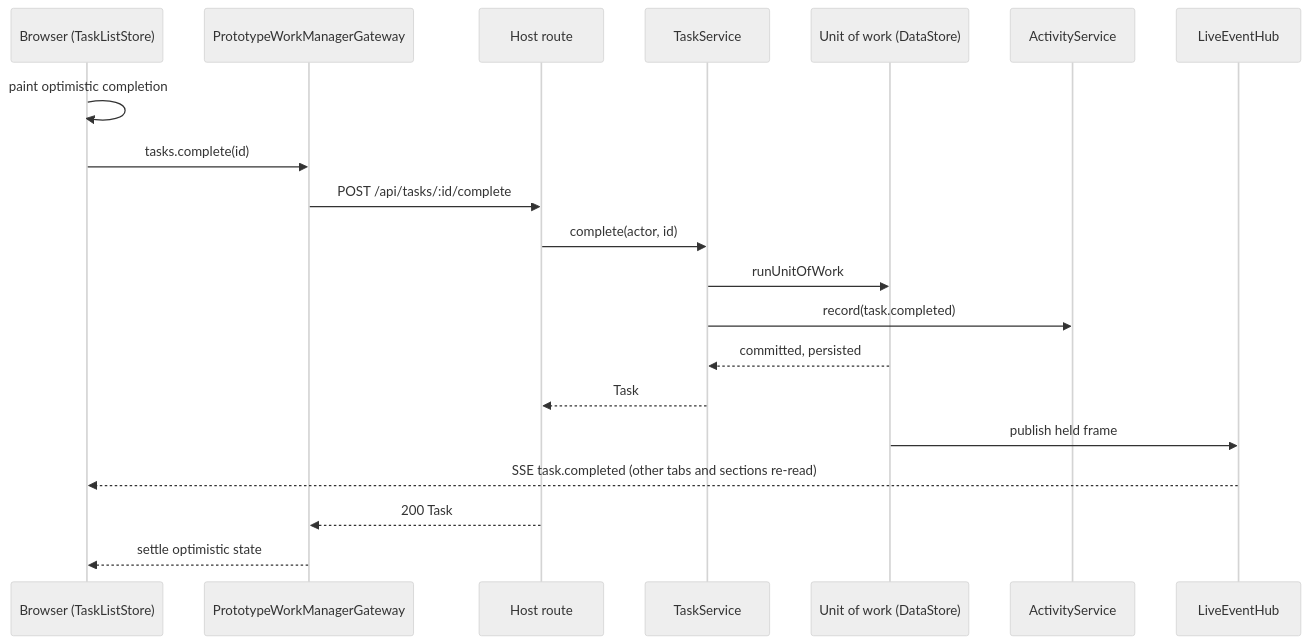
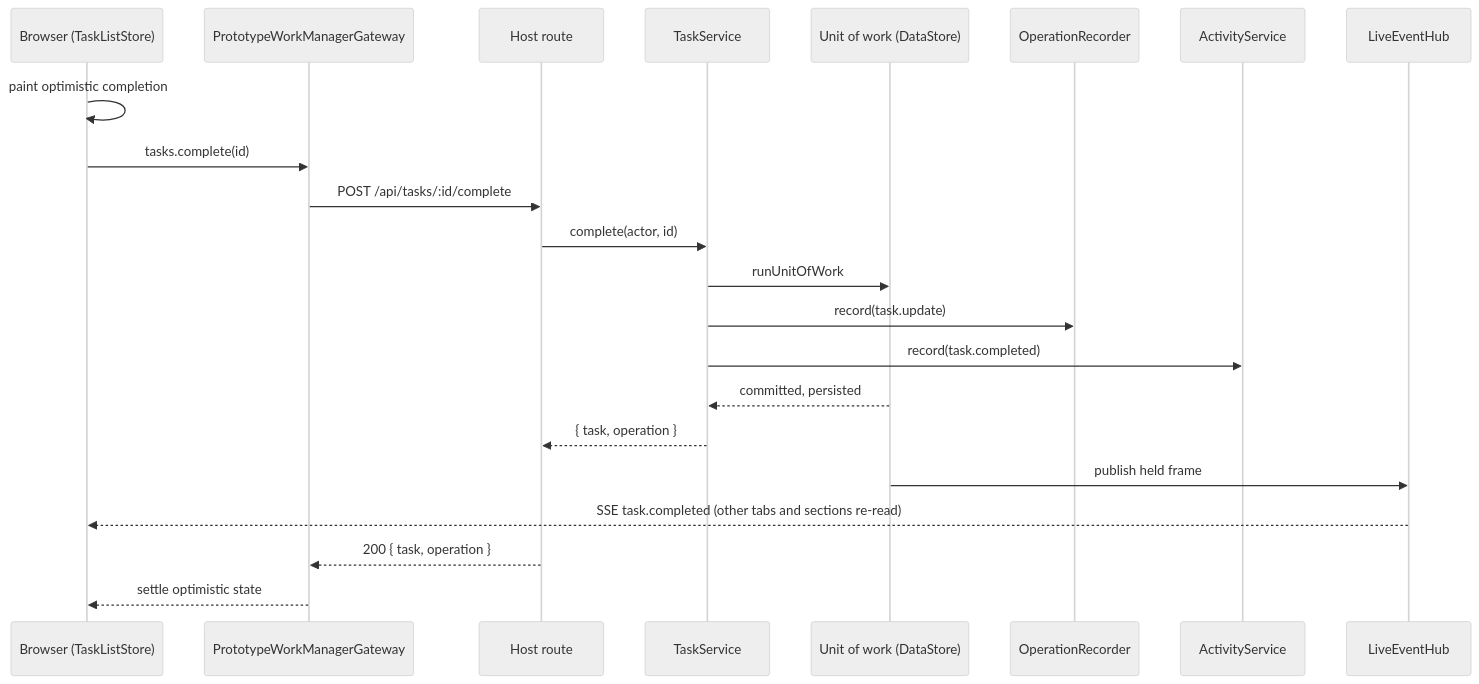
The fourth of 4 diagrams in docs/architecture/what.md (CalciteDragon/Canvas-work-manager-prototype), drawn with Mermaid (neutral theme) before and after one commit. The commit also changed other lines of this file and 143 other files, not shown here.

````diff
--- a/docs/architecture/what.md
+++ b/docs/architecture/what.md
@@ -89,22 +89,24 @@
 ```mermaid
 sequenceDiagram
   participant B as Browser (TaskListStore)
   participant G as PrototypeWorkManagerGateway
   participant H as Host route
   participant S as TaskService
   participant U as Unit of work (DataStore)
+  participant R as OperationRecorder
   participant A as ActivityService
   participant E as LiveEventHub
   B->>B: paint optimistic completion
   B->>G: tasks.complete(id)
   G->>H: POST /api/tasks/:id/complete
   H->>S: complete(actor, id)
   S->>U: runUnitOfWork
+  S->>R: record(task.update)
   S->>A: record(task.completed)
   U-->>S: committed, persisted
-  S-->>H: Task
+  S-->>H: { task, operation }
   U->>E: publish held frame
   E-->>B: SSE task.completed (other tabs and sections re-read)
-  H-->>G: 200 Task
+  H-->>G: 200 { task, operation }
   G-->>B: settle optimistic state
 ```
````
